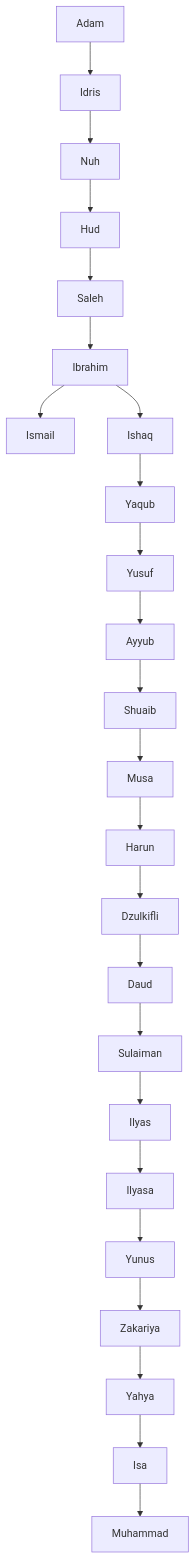
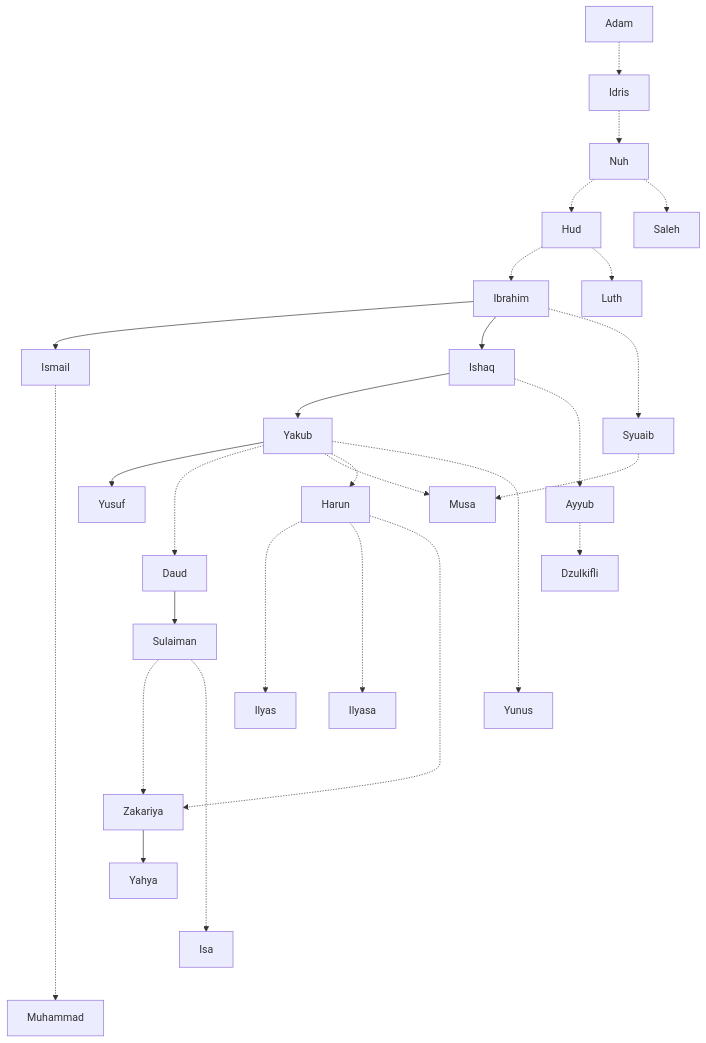
The diagram in index.md (bagustris/kisah-nabi), drawn with Mermaid before and after one commit. The commit also changed 3 other files, not shown here.

````diff
--- a/index.md
+++ b/index.md
@@ -7,51 +7,54 @@
 ```mermaid
 graph TD
-    Adam --> Idris
-    Idris --> Nuh
-    Nuh --> Hud
-    Hud --> Saleh
-    Saleh --> Ibrahim
+    Adam -.-> Idris
+    Idris -.-> Nuh
+    Nuh -.-> Hud
+    Nuh -.-> Saleh
+    Hud -.-> Ibrahim
+    Hud -.-> Luth
     Ibrahim --> Ismail
     Ibrahim --> Ishaq
-    Ishaq --> Yaqub
-    Yaqub --> Yusuf
-    Yusuf --> Ayyub
-    Ayyub --> Shuaib
-    Shuaib --> Musa
-    Musa --> Harun
-    Harun --> Dzulkifli
-    Dzulkifli --> Daud
+    Ishaq --> Yakub
+    Yakub --> Yusuf
+    Ishaq -..-> Ayyub
+    Ibrahim -.-> Syuaib
+    Syuaib -.-> Musa
+    Ayyub -.-> Dzulkifli
+    Yakub -..-> Daud
+    Yakub -.-> Musa
+    Yakub -.-> Harun
     Daud --> Sulaiman
-    Sulaiman --> Ilyas
-    Ilyas --> Ilyasa
-    Ilyasa --> Yunus
-    Yunus --> Zakariya
+    Sulaiman -..-> Zakariya
+    Sulaiman -.....-> Isa
+    Harun -...-> Ilyas
+    Harun -...-> Ilyasa
+    Harun -.....-> Zakariya
+    Yakub -....-> Yunus
     Zakariya --> Yahya
-    Yahya --> Isa
-    Isa --> Muhammad
+    Ismail -..........-> Muhammad
 
     click Adam href "https://bagustris.github.io/kisah-nabi/adam"
-    click Idris href "idris.md"
-    click Nuh href "nuh.md"
-    click Hud href "hud.md"
-    click Saleh href "saleh.md"
-    click Ibrahim href "ibrahim.md"
-    click Ismail href "ismail.md"
-    click Ishaq href "ishaq.md"
-    click Yaqub href "yaqub.md"
-    click Yusuf href "yusuf.md"
-    click Ayyub href "ayyub.md"
-    click Shuaib href "shuaib.md"
-    click Musa href "musa.md"
-    click Harun href "harun.md"
-    click Dzulkifli href "dzulkifli.md"
-    click Daud href "daud.md"
-    click Sulaiman href "sulaiman.md"
-    click Ilyas href "ilyas.md"
-    click Ilyasa href "ilyasa.md"
-    click Yunus href "yunus.md"
-    click Zakariya href "zakariya.md"
-    click Yahya href "yahya.md"
-    click Isa href "isa.md"
-    click Muhammad href "muhammad.md"
+    click Idris href "https://bagustris.github.io/kisah-nabi/idris"
+    click Nuh href "https://bagustris.github.io/kisah-nabi/nuh"
+    click Hud href "https://bagustris.github.io/kisah-nabi/hud"
+    click Saleh href "https://bagustris.github.io/kisah-nabi/saleh"
+    click Ibrahim href "https://bagustris.github.io/kisah-nabi/ibrahim"
+    click Ismail href "https://bagustris.github.io/kisah-nabi/ismail"
+    click Ishaq href "https://bagustris.github.io/kisah-nabi/ishaq"
+    click Yaqub href "https://bagustris.github.io/kisah-nabi/yaqub"
+    click Yusuf href "https://bagustris.github.io/kisah-nabi/yusuf"
+    click Ayyub href "https://bagustris.github.io/kisah-nabi/ayyub"
+    click Shuaib href "https://bagustris.github.io/kisah-nabi/shuaib"
+    click Musa href "https://bagustris.github.io/kisah-nabi/musa"
+    click Harun href "https://bagustris.github.io/kisah-nabi/harun"
+    click Dzulkifli href "https://bagustris.github.io/kisah-nabi/dzulkifli"
+    click Daud href "https://bagustris.github.io/kisah-nabi/daud"
+    click Sulaiman href "https://bagustris.github.io/kisah-nabi/sulaiman"
+    click Ilyas href "https://bagustris.github.io/kisah-nabi/ilyas"
+    click Ilyasa href "https://bagustris.github.io/kisah-nabi/ilyasa"
+    click Yunus href "https://bagustris.github.io/kisah-nabi/yunus"
+    click Zakariya href "https://bagustris.github.io/kisah-nabi/zakariya"
+    click Yahya href "https://bagustris.github.io/kisah-nabi/yahya"
+    click Isa href "https://bagustris.github.io/kisah-nabi/isa"
+    click Muhammad href "https://bagustris.github.io/kisah-nabi/muhammad"
 ```
````
